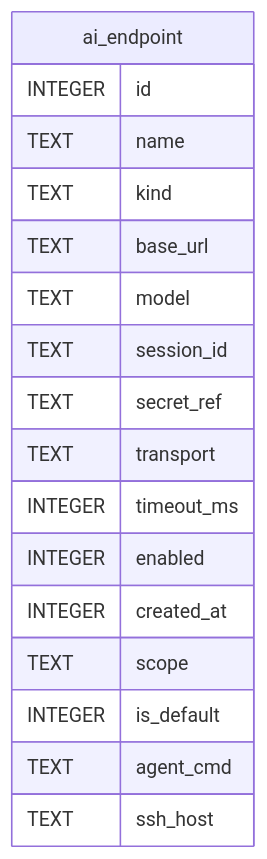
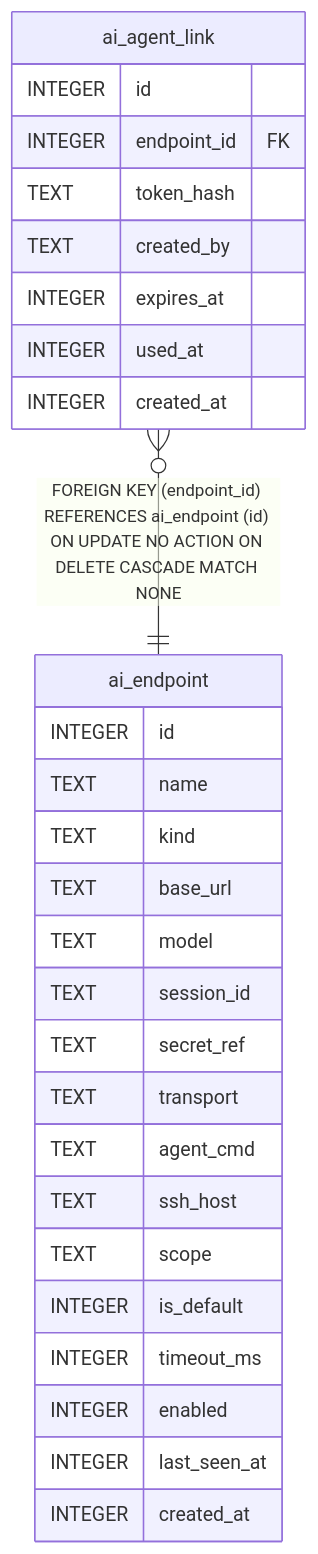
Before and after one commit to ktbhealth/docs: the diagram in content/docs/pt-BR/developers/plugins/ai-endpoints/reference/schema.mmd, drawn with Mermaid. The commit also changed 11 other files, not shown here.

Commit message:
docs(erd): ai_agent_link table + nullable base_url/last_seen_at on ai_endpoint (F3b)

```diff
--- a/content/docs/pt-BR/developers/plugins/ai-endpoints/reference/schema.mmd
+++ b/content/docs/pt-BR/developers/plugins/ai-endpoints/reference/schema.mmd
@@ -1,20 +1,31 @@
 erDiagram
 
+"ai_agent_link" }o--|| "ai_endpoint" : "FOREIGN KEY (endpoint_id) REFERENCES ai_endpoint (id) ON UPDATE NO ACTION ON DELETE CASCADE MATCH NONE"
 
+"ai_agent_link" {
+  INTEGER id
+  INTEGER endpoint_id FK
+  TEXT token_hash
+  TEXT created_by
+  INTEGER expires_at
+  INTEGER used_at
+  INTEGER created_at
+}
 "ai_endpoint" {
   INTEGER id
   TEXT name
   TEXT kind
   TEXT base_url
   TEXT model
   TEXT session_id
   TEXT secret_ref
   TEXT transport
+  TEXT agent_cmd
+  TEXT ssh_host
+  TEXT scope
+  INTEGER is_default
   INTEGER timeout_ms
   INTEGER enabled
+  INTEGER last_seen_at
   INTEGER created_at
-  TEXT scope
-  INTEGER is_default
-  TEXT agent_cmd
-  TEXT ssh_host
 }
```
